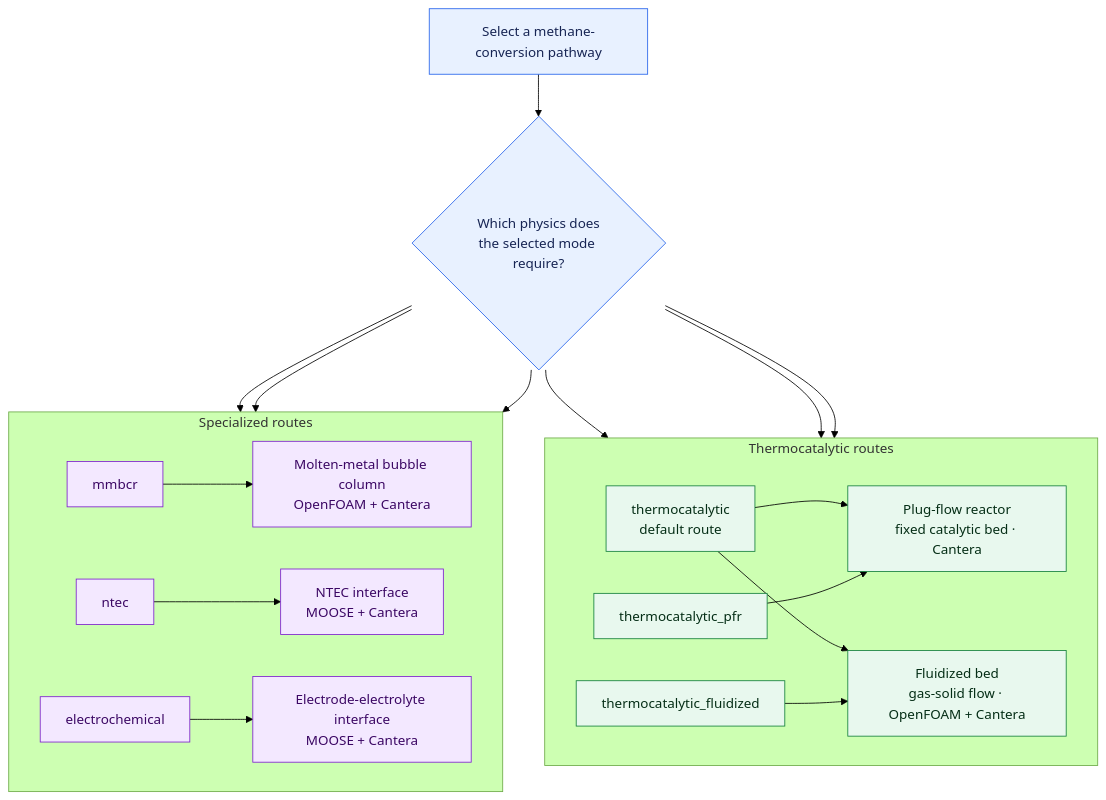
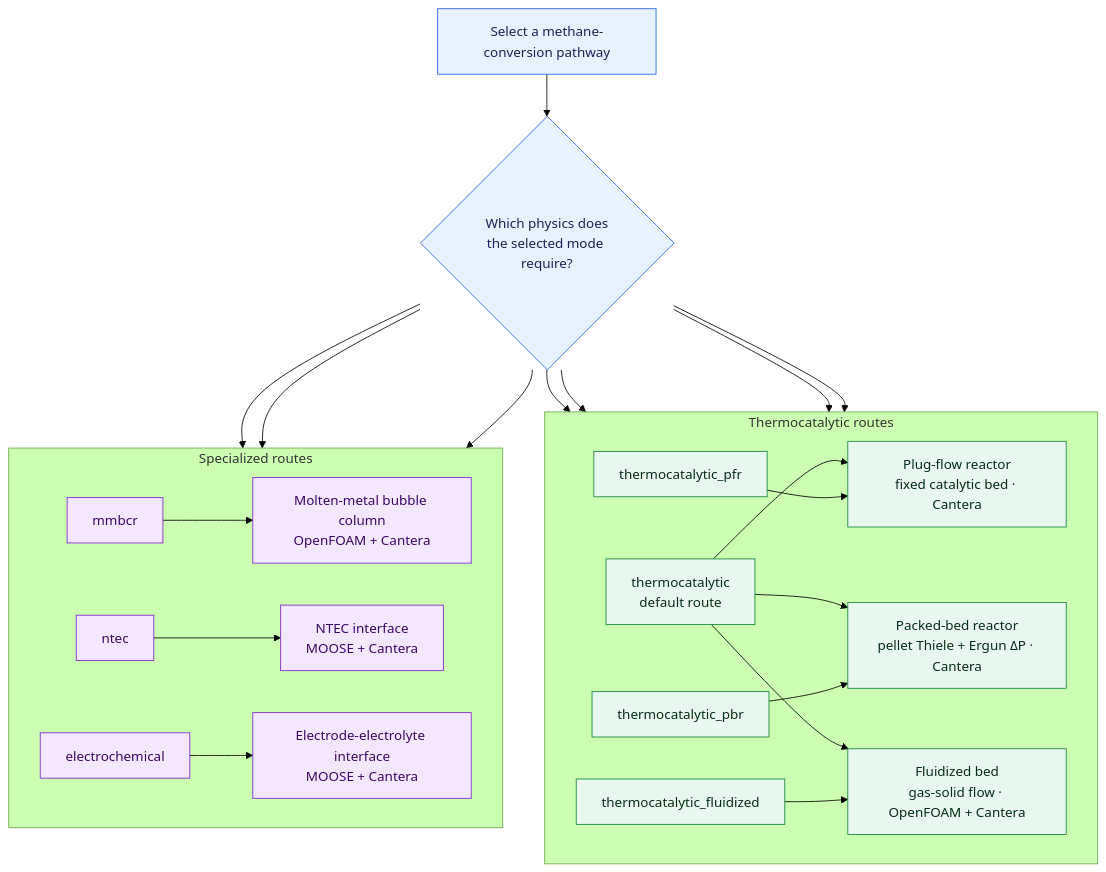
Before and after one commit to YungRaj/hydrogen: the fifth of 9 diagrams in docs/ARCHITECTURE_DIAGRAMS.md, drawn with Mermaid (forest theme). The commit also changed 3 other files, not shown here.

Commit message:
Document PBR reactor modeling and updated physical assumptions in README and docs

````diff
--- a/docs/ARCHITECTURE_DIAGRAMS.md
+++ b/docs/ARCHITECTURE_DIAGRAMS.md
@@ -219,46 +219,51 @@
 ```mermaid
 flowchart TB
     REQUEST["Select a methane-conversion pathway"]
     MODE{"Which physics does<br/>the selected mode require?"}
 
     subgraph THERMAL["Thermocatalytic routes"]
         direction LR
         DEFAULT["thermocatalytic<br/>default route"]
         PFR_MODE["thermocatalytic_pfr"]
+        PBR_MODE["thermocatalytic_pbr"]
         FLUID_MODE["thermocatalytic_fluidized"]
         PFR["Plug-flow reactor<br/>fixed catalytic bed · Cantera"]
+        PBR["Packed-bed reactor<br/>pellet Thiele + Ergun ΔP · Cantera"]
         FLUID["Fluidized bed<br/>gas-solid flow · OpenFOAM + Cantera"]
         DEFAULT --> PFR
+        DEFAULT --> PBR
         DEFAULT --> FLUID
         PFR_MODE --> PFR
+        PBR_MODE --> PBR
         FLUID_MODE --> FLUID
     end
 
     subgraph SPECIALIZED["Specialized routes"]
         direction LR
         MMB_MODE["mmbcr"]
         NTEC_MODE["ntec"]
         ELECTRO_MODE["electrochemical"]
         MMB["Molten-metal bubble column<br/>OpenFOAM + Cantera"]
         NTEC["NTEC interface<br/>MOOSE + Cantera"]
         ELECTRO["Electrode-electrolyte interface<br/>MOOSE + Cantera"]
         MMB_MODE --> MMB
         NTEC_MODE --> NTEC
         ELECTRO_MODE --> ELECTRO
     end
 
     REQUEST --> MODE
     MODE --> DEFAULT
     MODE --> PFR_MODE
+    MODE --> PBR_MODE
     MODE --> FLUID_MODE
     MODE --> MMB_MODE
     MODE --> NTEC_MODE
     MODE --> ELECTRO_MODE
 
     classDef control fill:#e8f1ff,stroke:#2563eb,color:#172554
     classDef thermal fill:#e8f8ee,stroke:#15803d,color:#052e16
     classDef specialized fill:#f3e8ff,stroke:#7e22ce,color:#3b0764
     class REQUEST,MODE control
-    class DEFAULT,PFR_MODE,FLUID_MODE,PFR,FLUID thermal
+    class DEFAULT,PFR_MODE,PBR_MODE,FLUID_MODE,PFR,PBR,FLUID thermal
     class MMB_MODE,NTEC_MODE,ELECTRO_MODE,MMB,NTEC,ELECTRO specialized
 ```
````
